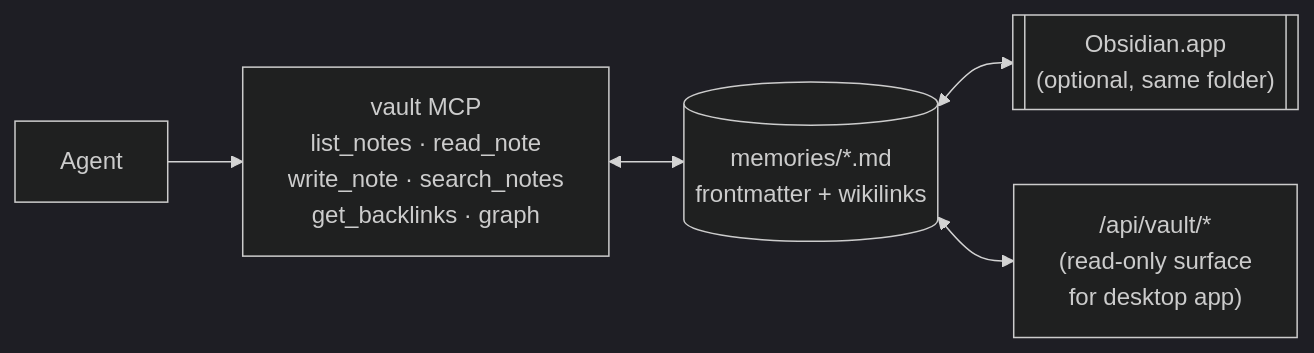
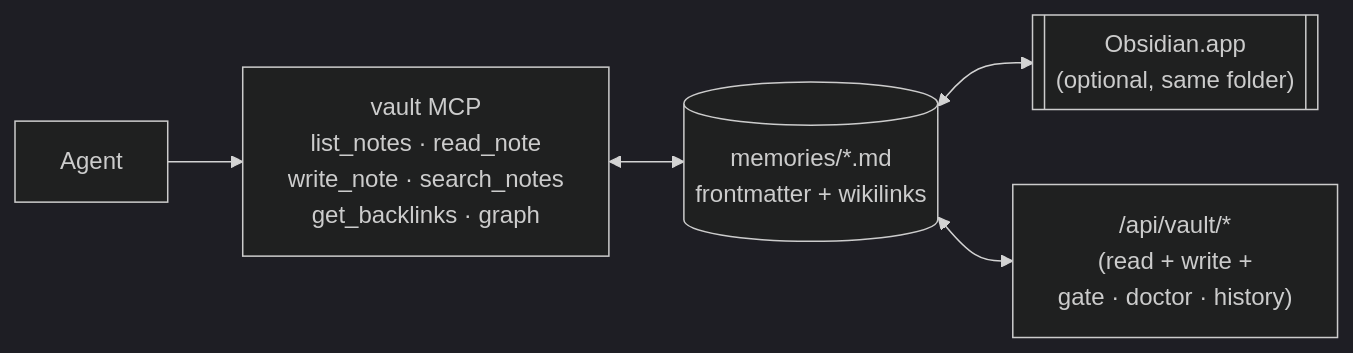
One commit to openagent-uno/openagent-docs changed the fifth of 9 diagrams in guide/architecture.md. Above: the diagram before and after it, drawn with Mermaid (dark theme). The commit also changed other lines of this file and 6 other files, not shown here.

First line of the commit message:
docs(vault): document the quality system, git-backed history, + changelog

````diff
--- a/guide/architecture.md
+++ b/guide/architecture.md
@@ -186,7 +186,7 @@
 ```mermaid
 flowchart LR
     Agent --> VaultMCP["vault MCP<br/>list_notes · read_note<br/>write_note · search_notes<br/>get_backlinks · graph"]
     VaultMCP <--> Files[("memories/*.md<br/>frontmatter + wikilinks")]
     Files <--> Obsidian[["Obsidian.app<br/>(optional, same folder)"]]
-    Files <--> REST["/api/vault/*<br/>(read-only surface<br/>for desktop app)"]
+    Files <--> REST["/api/vault/*<br/>(read + write +<br/>gate · doctor · history)"]
 ```
````
